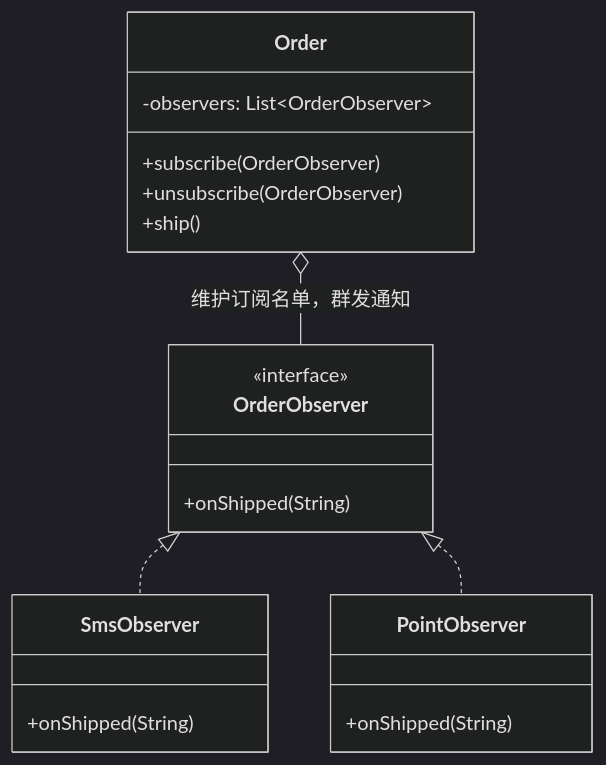
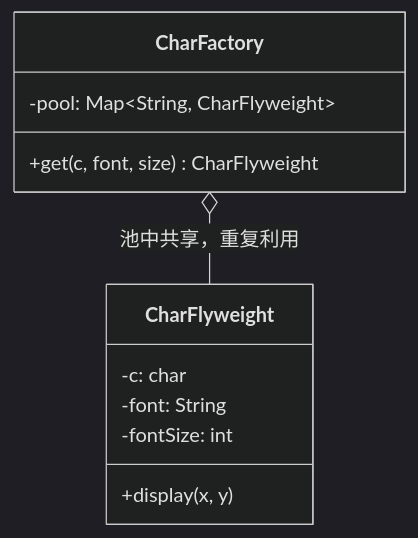
The diagram in chapter_13.md (ZackKingS/Software-Design-Patterns), drawn with Mermaid (dark theme) before and after one commit. The commit also changed other lines of this file and 27 other files, not shown here.

````diff
--- a/chapter_13.md
+++ b/chapter_13.md
@@ -93,22 +88,14 @@
 ```mermaid
 classDiagram
-    class Order {
-        -observers: List~OrderObserver~
-        +subscribe(OrderObserver)
-        +unsubscribe(OrderObserver)
-        +ship()
+    class CharFlyweight {
+        -c: char
+        -font: String
+        -fontSize: int
+        +display(x, y)
     }
-    class OrderObserver {
-        <<interface>>
-        +onShipped(String)
+    class CharFactory {
+        -pool: Map~String, CharFlyweight~
+        +get(c, font, size) CharFlyweight
     }
-    class SmsObserver {
-        +onShipped(String)
-    }
-    class PointObserver {
-        +onShipped(String)
-    }
-    OrderObserver <|.. SmsObserver
-    OrderObserver <|.. PointObserver
-    Order o-- OrderObserver : 维护订阅名单，群发通知
+    CharFactory o-- CharFlyweight : 池中共享，重复利用
 ```
````
